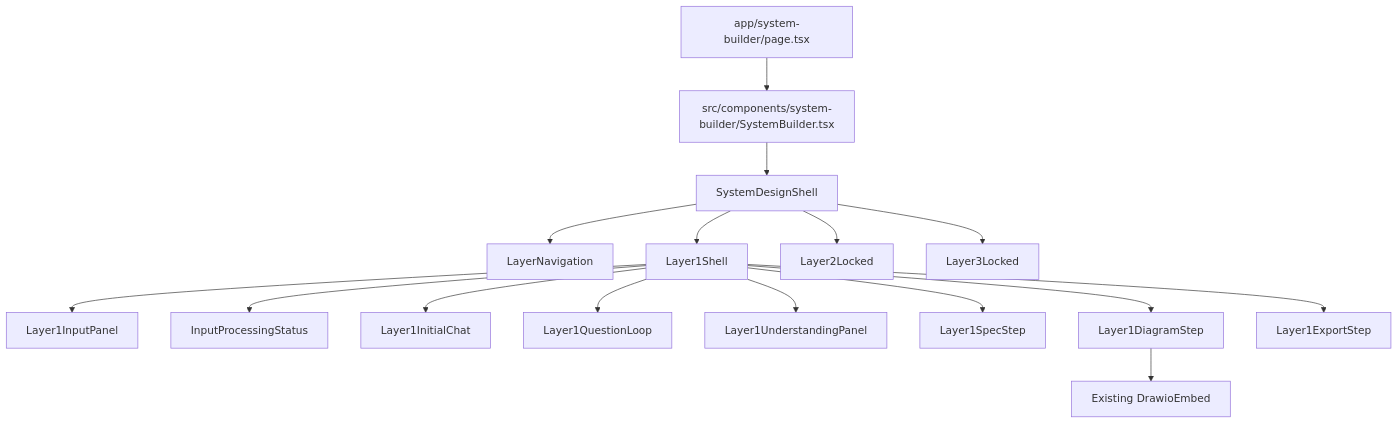
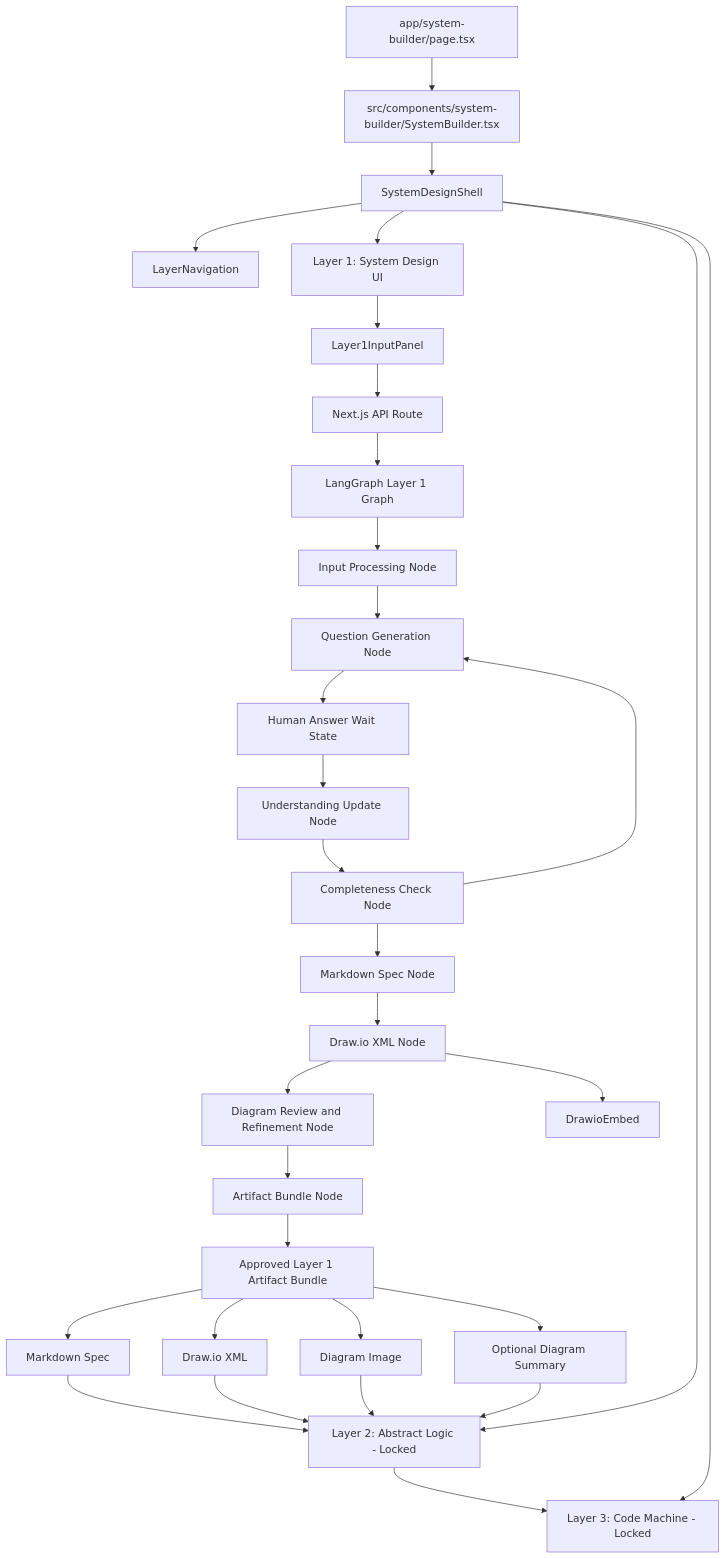
Before and after one commit to ProductMasterz/Mujarrad-Frontend: the seventh of 19 diagrams in Docs/system-design-detailed-plan.md, drawn with Mermaid. The commit also changed other lines of this file, not shown here.

Commit message:
Refine system design architecture plan

````diff
--- a/Docs/system-design-detailed-plan.md
+++ b/Docs/system-design-detailed-plan.md
@@ -836,26 +760,45 @@
 ```mermaid
 flowchart TD
     Route[app/system-builder/page.tsx]
     Wrapper[src/components/system-builder/SystemBuilder.tsx]
     Shell[SystemDesignShell]
     LayerNav[LayerNavigation]
 
     Route --> Wrapper
     Wrapper --> Shell
     Shell --> LayerNav
 
-    Shell --> L1[Layer1Shell]
-    Shell --> L2[Layer2Locked]
-    Shell --> L3[Layer3Locked]
+    Shell --> L1[Layer 1: System Design UI]
+    Shell --> L2[Layer 2: Abstract Logic - Locked]
+    Shell --> L3[Layer 3: Code Machine - Locked]
 
     L1 --> Input[Layer1InputPanel]
-    L1 --> Processing[InputProcessingStatus]
-    L1 --> Chat[Layer1InitialChat]
-    L1 --> Questions[Layer1QuestionLoop]
-    L1 --> Understanding[Layer1UnderstandingPanel]
-    L1 --> Spec[Layer1SpecStep]
-    L1 --> Diagram[Layer1DiagramStep]
-    L1 --> Export[Layer1ExportStep]
+    Input --> API[Next.js API Route]
+    API --> Graph[LangGraph Layer 1 Graph]
 
-    Diagram --> Drawio[Existing DrawioEmbed]
+    Graph --> N1[Input Processing Node]
+    N1 --> N2[Question Generation Node]
+    N2 --> N3[Human Answer Wait State]
+    N3 --> N4[Understanding Update Node]
+    N4 --> N5[Completeness Check Node]
+    N5 --> N2
+    N5 --> N6[Markdown Spec Node]
+    N6 --> N7[Draw.io XML Node]
+    N7 --> N8[Diagram Review and Refinement Node]
+    N8 --> N9[Artifact Bundle Node]
+
+    N9 --> Bundle[Approved Layer 1 Artifact Bundle]
+    Bundle --> Bundle1[Markdown Spec]
+    Bundle --> Bundle2[Draw.io XML]
+    Bundle --> Bundle3[Diagram Image]
+    Bundle --> Bundle4[Optional Diagram Summary]
+
+    Bundle1 --> L2
+    Bundle2 --> L2
+    Bundle3 --> L2
+    Bundle4 --> L2
+
+    L2 --> L3
+
+    N7 --> Drawio[DrawioEmbed]
 ```
````
